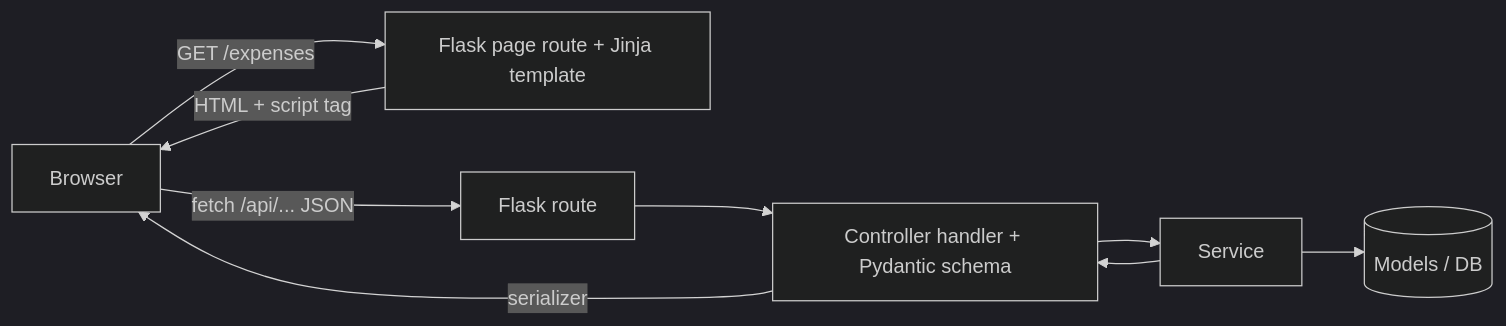
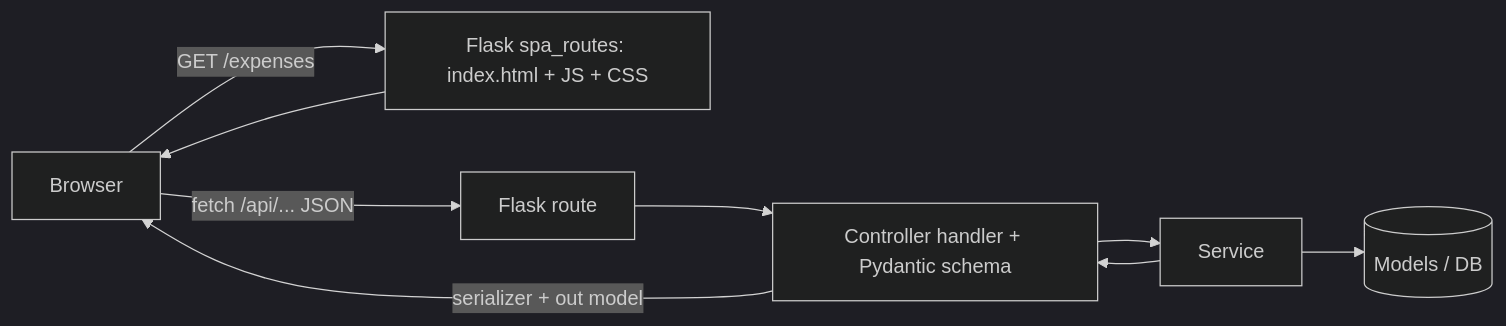
Before and after one commit to etv18/be_aware: the first of 2 diagrams in MAINTENANCE_GUIDE.md, drawn with Mermaid (dark theme). The commit also changed other lines of this file and 163 other files, not shown here.

First line of the commit message:
Finish the React frontend: port every page and remove the Jinja pages

````diff
--- a/MAINTENANCE_GUIDE.md
+++ b/MAINTENANCE_GUIDE.md
@@ -21,7 +21,7 @@
 ```mermaid
 flowchart LR
-  B[Browser] -->|GET /expenses| P[Flask page route + Jinja template]
-  P -->|HTML + script tag| B
+  B[Browser] -->|GET /expenses| S0[Flask spa_routes: index.html + JS + CSS]
+  S0 --> B
   B -->|fetch /api/... JSON| R[Flask route] --> C[Controller handler + Pydantic schema] --> S[Service] --> M[(Models / DB)]
-  S --> C -->|serializer| B
+  S --> C -->|serializer + out model| B
 ```
````
